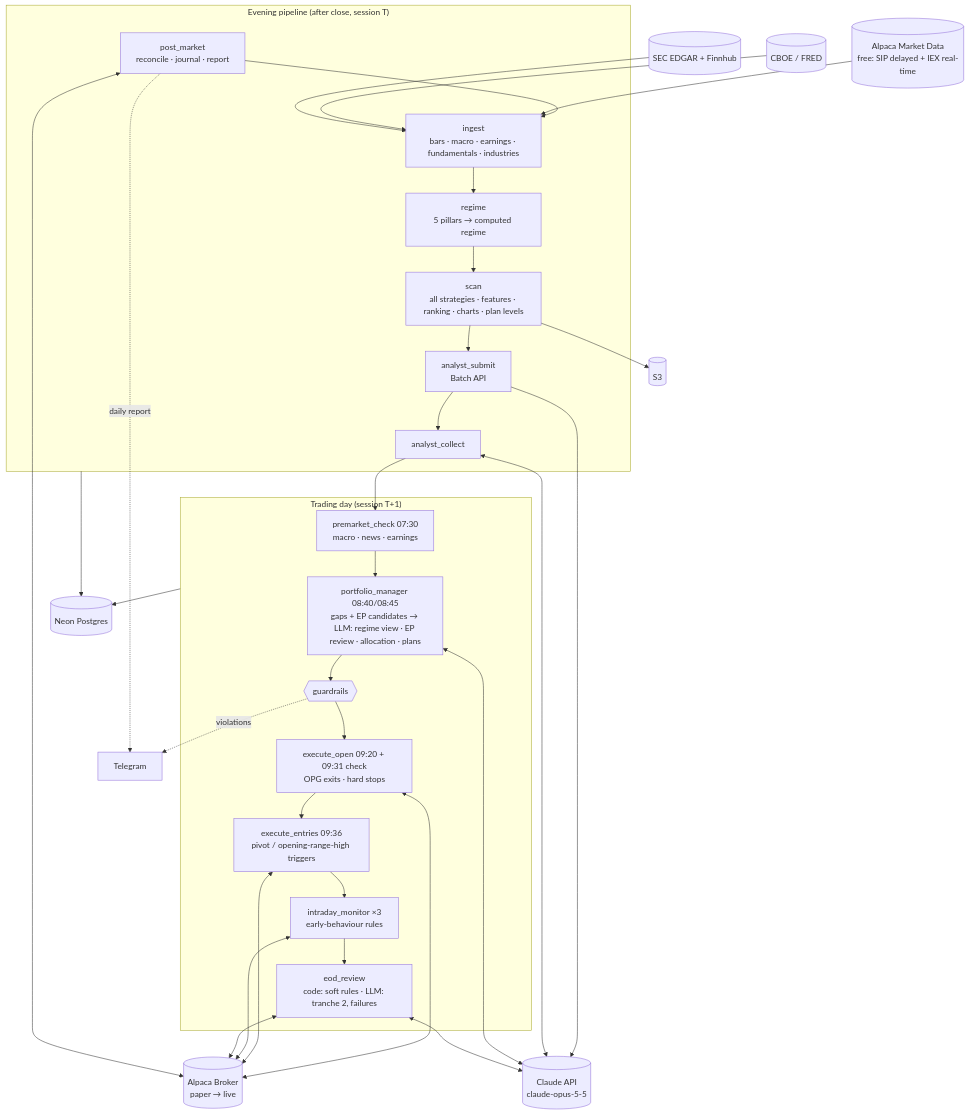
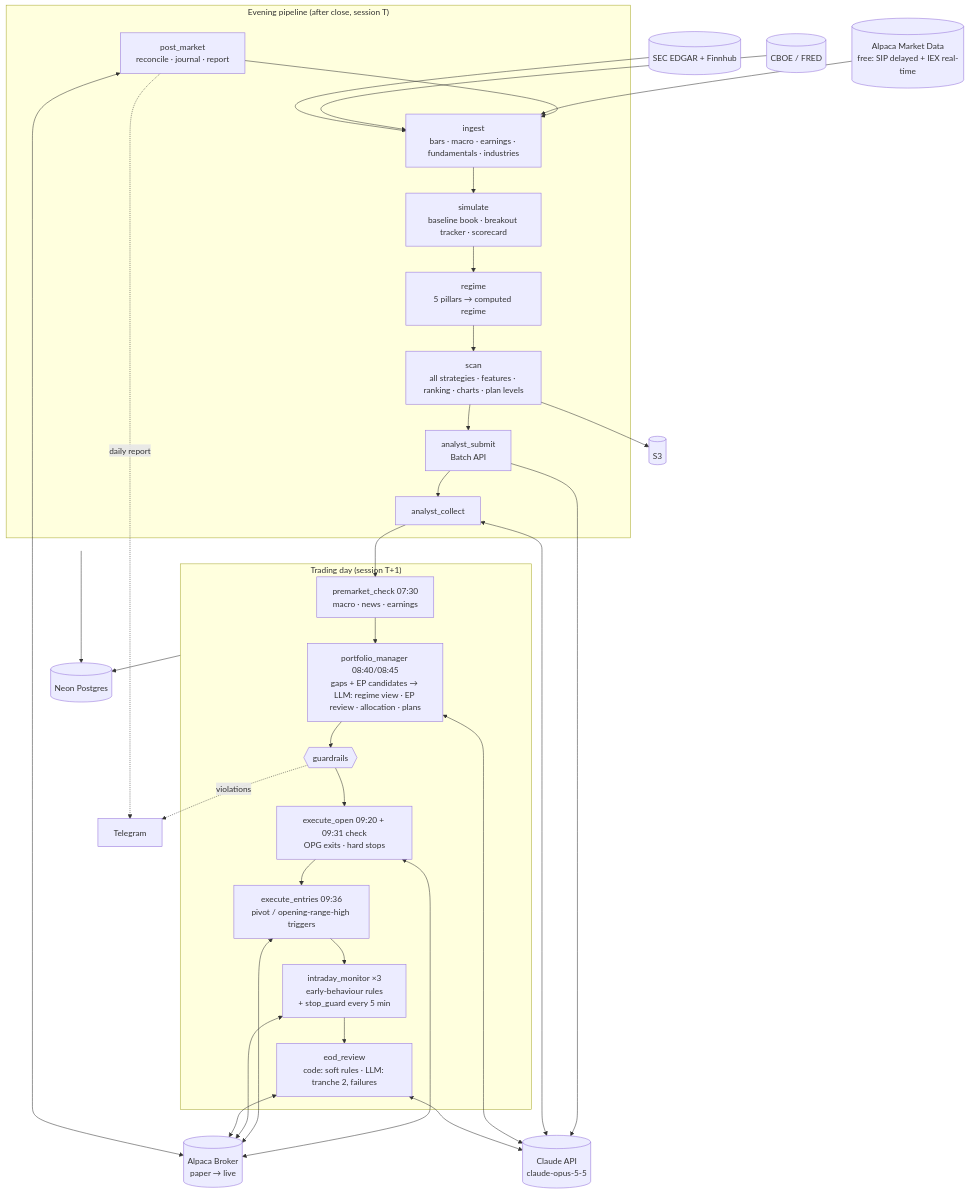
One commit to Dima252/AuraTrade changed the diagram in README.md. Above: the diagram before and after it, drawn with Mermaid. The commit also changed other lines of this file and 2 other files, not shown here.

````diff
--- a/README.md
+++ b/README.md
@@ -52,52 +52,53 @@
 ```mermaid
 flowchart TD
     subgraph EVE["Evening pipeline (after close, session T)"]
         PM1[post_market<br/>reconcile · journal · report]
         ING[ingest<br/>bars · macro · earnings · fundamentals · industries]
+        SIM[simulate<br/>baseline book · breakout tracker · scorecard]
         REG[regime<br/>5 pillars → computed regime]
         SCAN[scan<br/>all strategies · features · ranking · charts · plan levels]
         ANS[analyst_submit<br/>Batch API]
         ANC[analyst_collect]
-        PM1 --> ING --> REG --> SCAN --> ANS --> ANC
+        PM1 --> ING --> SIM --> REG --> SCAN --> ANS --> ANC
     end
 
     subgraph MORN["Trading day (session T+1)"]
         PRE[premarket_check 07:30<br/>macro · news · earnings]
         PMG[portfolio_manager 08:40/08:45<br/>gaps + EP candidates → LLM: regime view · EP review · allocation · plans]
         GR{{guardrails}}
         EXO[execute_open 09:20 + 09:31 check<br/>OPG exits · hard stops]
         EXE[execute_entries 09:36<br/>pivot / opening-range-high triggers]
-        MON[intraday_monitor ×3<br/>early-behaviour rules]
+        MON[intraday_monitor ×3<br/>early-behaviour rules<br/>+ stop_guard every 5 min]
         EOD[eod_review<br/>code: soft rules · LLM: tranche 2, failures]
         PRE --> PMG --> GR --> EXO --> EXE --> MON --> EOD
     end
 
     ANC --> PRE
 
     ALPD[(Alpaca Market Data<br/>free: SIP delayed + IEX real-time)]
     ALPB[(Alpaca Broker<br/>paper → live)]
     MAC[(CBOE / FRED)]
     FUN[(SEC EDGAR + Finnhub)]
     CL[(Claude API<br/>claude-opus-5-5)]
     DB[(Neon Postgres)]
     S3[(S3)]
     TG[Telegram]
 
     ALPD --> ING
     MAC --> ING
     FUN --> ING
     ANS --> CL
     ANC <--> CL
     PMG <--> CL
     EOD <--> CL
     EXO <--> ALPB
     EXE <--> ALPB
     MON <--> ALPB
     EOD <--> ALPB
     PM1 <--> ALPB
     EVE --> DB
     MORN --> DB
     SCAN --> S3
     GR -. violations .-> TG
     PM1 -. daily report .-> TG
 ```
````
